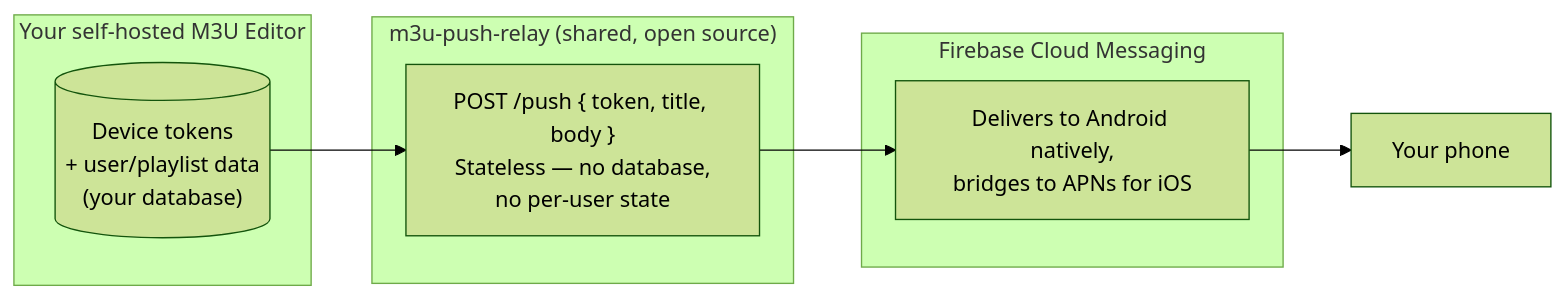
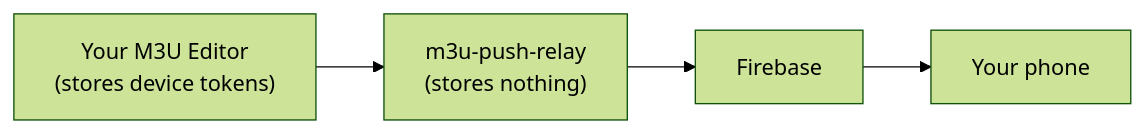
Before and after one commit to m3ue/m3u-editor-docs-v2: the diagram in docs/m3u-tv/push-notifications.md, drawn with Mermaid (forest theme). The commit also changed other lines of this file and 89 other files, not shown here.

````diff
--- a/docs/m3u-tv/push-notifications.md
+++ b/docs/m3u-tv/push-notifications.md
@@ -27,18 +19,6 @@
 ```mermaid
 flowchart LR
-    subgraph YourServer["Your self-hosted M3U Editor"]
-        DB[("Device tokens<br/>+ user/playlist data<br/>(your database)")]
-    end
-
-    subgraph Relay["m3u-push-relay (shared, open source)"]
-        RelayCode["POST /push { token, title, body }<br/>Stateless — no database,<br/>no per-user state"]
-    end
-
-    subgraph Google["Firebase Cloud Messaging"]
-        FCM["Delivers to Android natively,<br/>bridges to APNs for iOS"]
-    end
-
-    DB --> RelayCode
-    RelayCode --> FCM
+    Editor["Your M3U Editor<br/>(stores device tokens)"] --> Relay["m3u-push-relay<br/>(stores nothing)"]
+    Relay --> FCM["Firebase"]
     FCM --> Phone["Your phone"]
 ```
````
